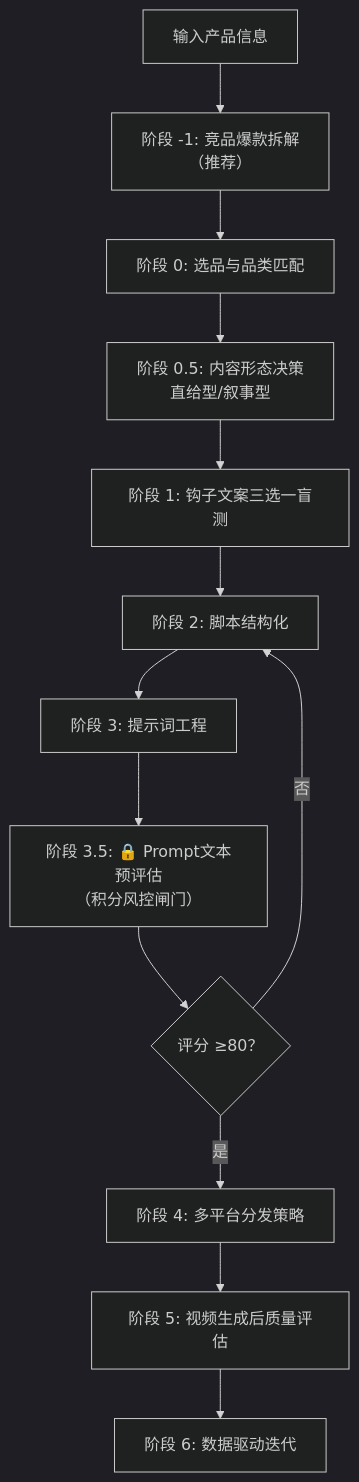
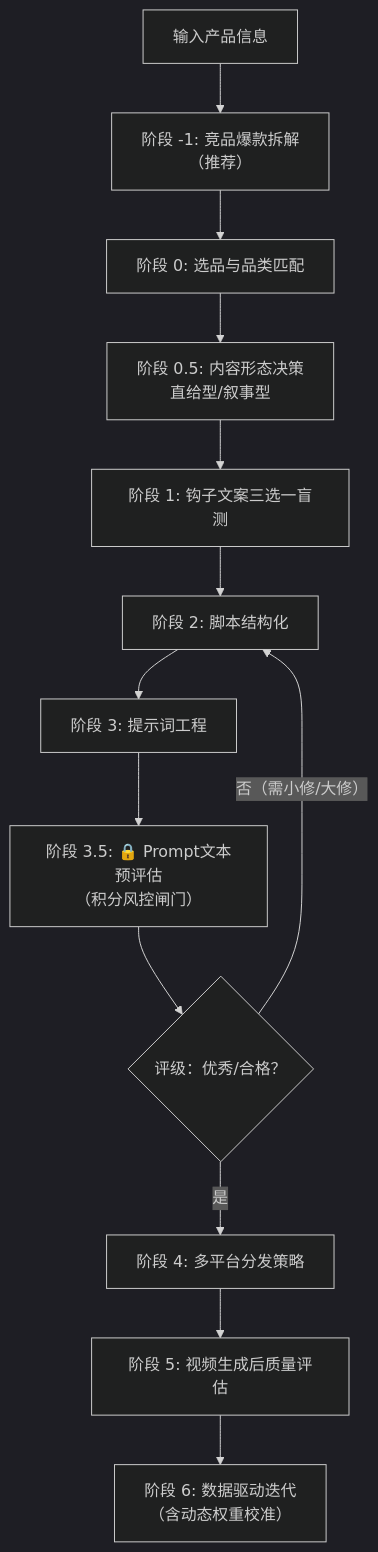
One commit to qq547820639/tiktok-ad-video-skill changed the diagram in SKILL.md. Above: the diagram before and after it, drawn with Mermaid (dark theme). The commit also changed other lines of this file, not shown here.

````diff
--- a/SKILL.md
+++ b/SKILL.md
@@ -95,15 +95,15 @@
 ```mermaid
 graph TD
     A[输入产品信息] --> B[阶段 -1: 竞品爆款拆解<br/>（推荐）]
     B --> C[阶段 0: 选品与品类匹配]
     C --> D[阶段 0.5: 内容形态决策<br/>直给型/叙事型]
     D --> E[阶段 1: 钩子文案三选一盲测]
     E --> F[阶段 2: 脚本结构化]
     F --> G[阶段 3: 提示词工程]
     G --> H[阶段 3.5: 🔒 Prompt文本预评估<br/>（积分风控闸门）]
-    H --> I{评分 ≥80？}
-    I -->|否| F
+    H --> I{评级：优秀/合格？}
     I -->|是| J[阶段 4: 多平台分发策略]
+    I -->|否（需小修/大修）| F
     J --> K[阶段 5: 视频生成后质量评估]
-    K --> L[阶段 6: 数据驱动迭代]
+    K --> L[阶段 6: 数据驱动迭代<br/>（含动态权重校准）]
 ```
````
